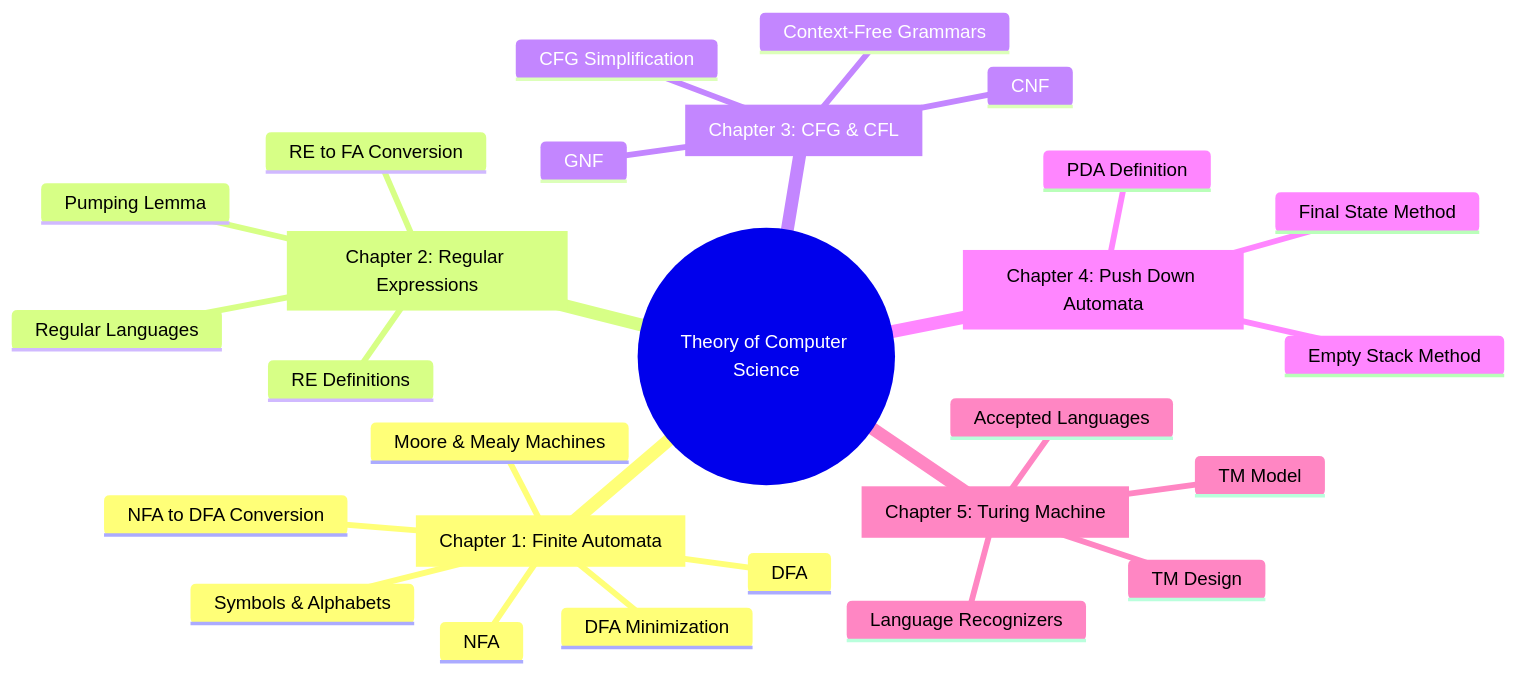
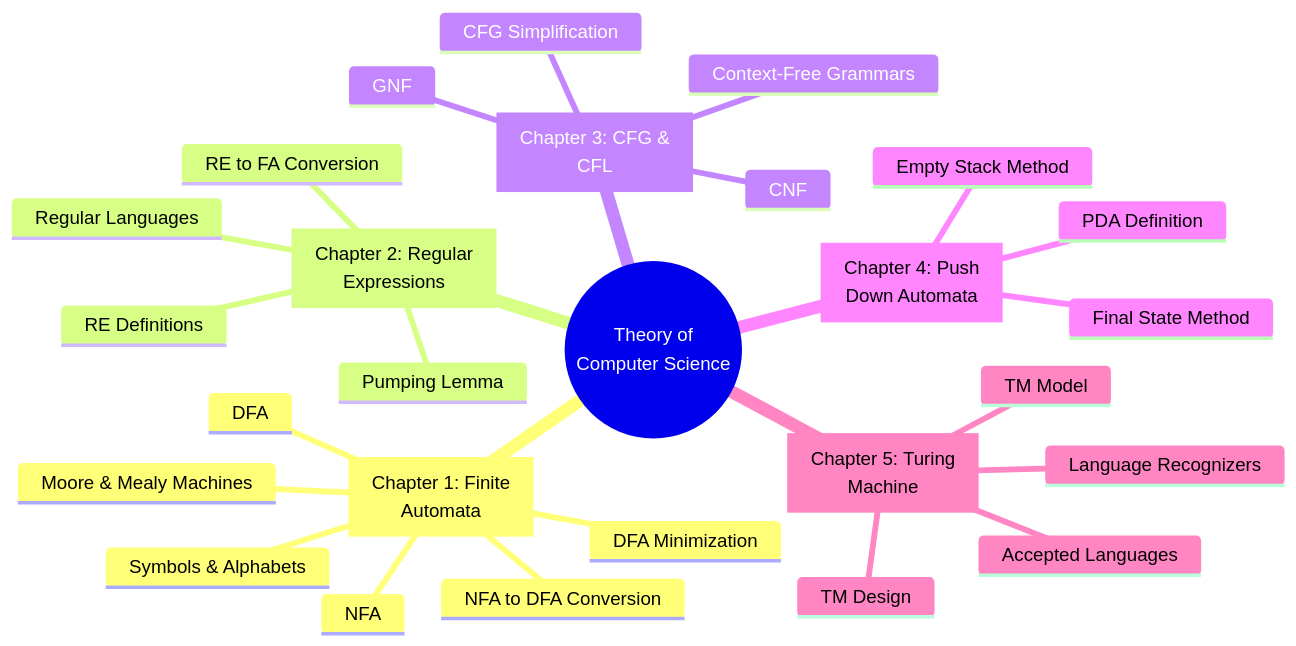
The first of 3 diagrams in 01-Semester-V/CS-304-MJ-T-Theory-of-Computer-Science/Overview.md (amitdevx/TY), drawn with Mermaid before and after one commit. The commit also changed 65 other files, not shown here.

Commit message:
fix:graph vertical

````diff
--- a/01-Semester-V/CS-304-MJ-T-Theory-of-Computer-Science/Overview.md
+++ b/01-Semester-V/CS-304-MJ-T-Theory-of-Computer-Science/Overview.md
@@ -43,30 +43,30 @@
 ```mermaid
 mindmap
-  root((Theory of Computer Science))
-    Ch1[Chapter 1: Finite Automata]
+  root((Theory of<br/>Computer Science))
+    Ch1[Chapter 1: Finite<br/>Automata]
       Symbols & Alphabets
       DFA
       NFA
       NFA to DFA Conversion
       Moore & Mealy Machines
       DFA Minimization
-    Ch2[Chapter 2: Regular Expressions]
+    Ch2[Chapter 2: Regular<br/>Expressions]
       RE Definitions
       Regular Languages
       RE to FA Conversion
       Pumping Lemma
-    Ch3[Chapter 3: CFG & CFL]
+    Ch3[Chapter 3: CFG &<br/>CFL]
       Context-Free Grammars
       CFG Simplification
       CNF
       GNF
-    Ch4[Chapter 4: Push Down Automata]
+    Ch4[Chapter 4: Push<br/>Down Automata]
       PDA Definition
       Empty Stack Method
       Final State Method
-    Ch5[Chapter 5: Turing Machine]
+    Ch5[Chapter 5: Turing<br/>Machine]
       TM Model
       TM Design
       Language Recognizers
       Accepted Languages
 ```
````
